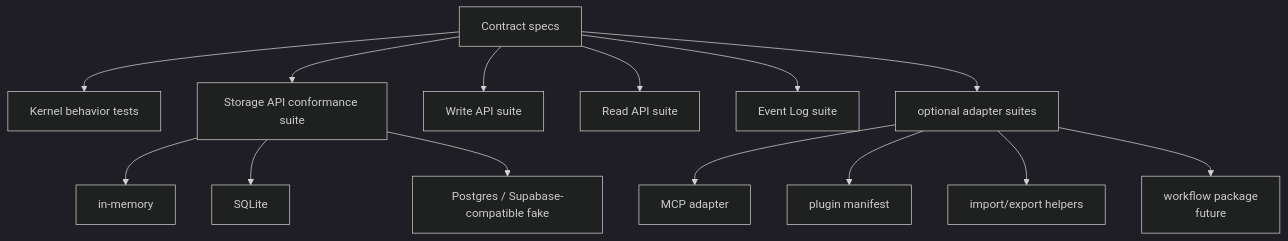
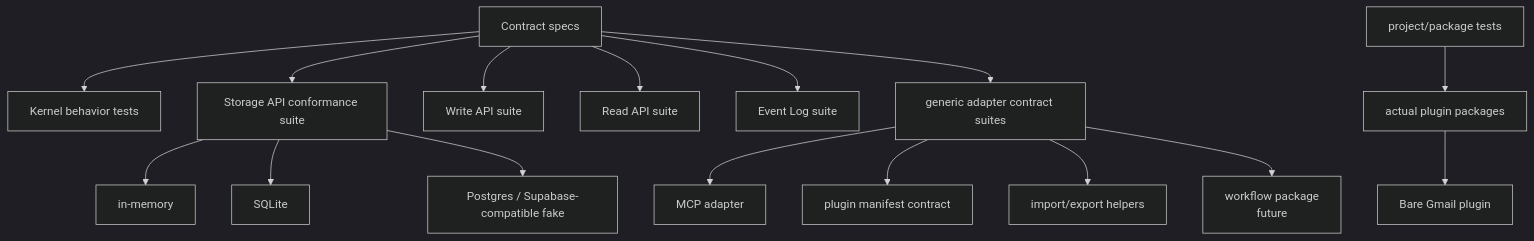
The diagram in docs/conformance.md (danekm/bare-crm), drawn with Mermaid (dark theme) before and after one commit. The commit also changed other lines of this file, not shown here.

Commit message:
Clarify plugin tests are not conformance

````diff
--- a/docs/conformance.md
+++ b/docs/conformance.md
@@ -11,17 +14,19 @@
 ```mermaid
 flowchart TB
   Spec["Contract specs"] --> KernelTests["Kernel behavior tests"]
   Spec --> StorageSuite["Storage API conformance suite"]
   Spec --> WriteSuite["Write API suite"]
   Spec --> ReadSuite["Read API suite"]
   Spec --> EventSuite["Event Log suite"]
-  Spec --> OptionalSuite["optional adapter suites"]
+  Spec --> OptionalSuite["generic adapter contract suites"]
+  ProjectTests["project/package tests"] --> ActualPlugins["actual plugin packages"]
 
   StorageSuite --> Memory["in-memory"]
   StorageSuite --> SQLite["SQLite"]
   StorageSuite --> Postgres["Postgres / Supabase-compatible fake"]
   OptionalSuite --> MCP["MCP adapter"]
-  OptionalSuite --> Plugins["plugin manifest"]
+  OptionalSuite --> PluginSDK["plugin manifest contract"]
   OptionalSuite --> ImportExport["import/export helpers"]
   OptionalSuite --> Workflows["workflow package\nfuture"]
+  ActualPlugins --> Gmail["Bare Gmail plugin"]
 ```
````
